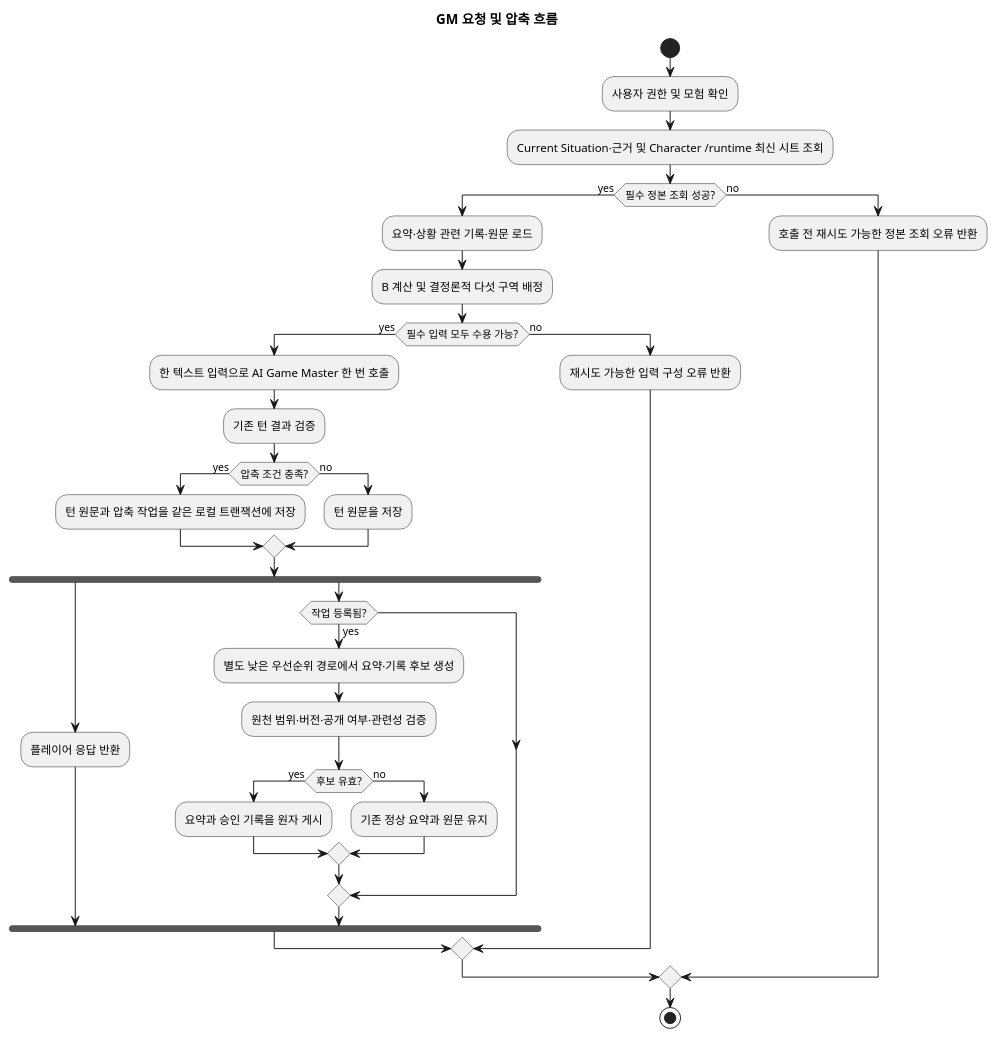
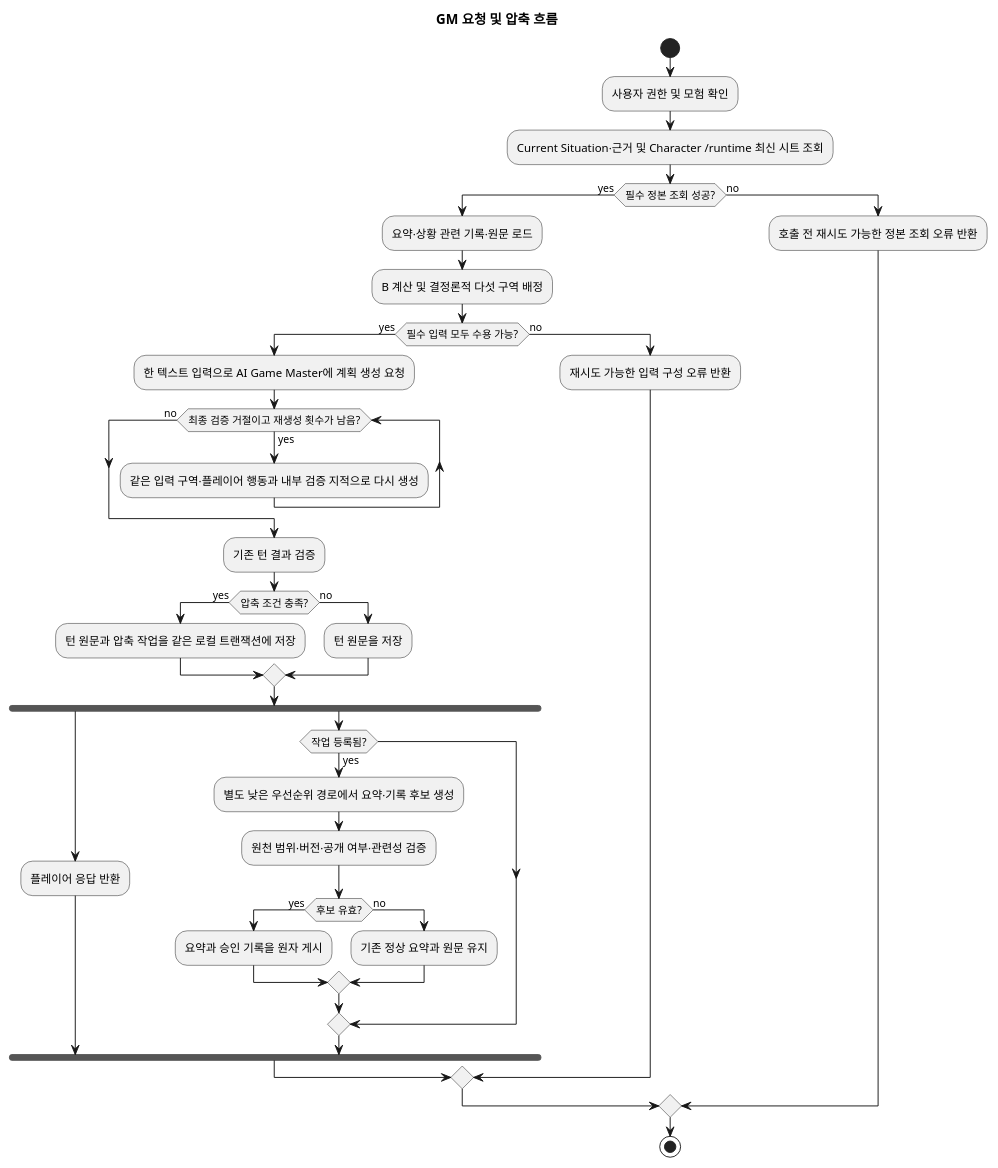
Before and after one commit to omegafrog/dnd-master: the third of 3 diagrams in docs/specs/gm-context-compaction/architecture-spec.md, drawn with PlantUML. The commit also changed other lines of this file and 7 other files, not shown here.

````diff
--- a/docs/specs/gm-context-compaction/architecture-spec.md
+++ b/docs/specs/gm-context-compaction/architecture-spec.md
@@ -268,39 +277,42 @@
 ```plantuml
 @startuml
  title GM 요청 및 압축 흐름
  start
  :사용자 권한 및 모험 확인;
  :Current Situation·근거 및 Character /runtime 최신 시트 조회;
  if (필수 정본 조회 성공?) then (yes)
    :요약·상황 관련 기록·원문 로드;
    :B 계산 및 결정론적 다섯 구역 배정;
    if (필수 입력 모두 수용 가능?) then (yes)
-     :한 텍스트 입력으로 AI Game Master 한 번 호출;
+     :한 텍스트 입력으로 AI Game Master에 계획 생성 요청;
+     while (최종 검증 거절이고 재생성 횟수가 남음?) is (yes)
+       :같은 입력 구역·플레이어 행동과 내부 검증 지적으로 다시 생성;
+     endwhile (no)
      :기존 턴 결과 검증;
      if (압축 조건 충족?) then (yes)
        :턴 원문과 압축 작업을 같은 로컬 트랜잭션에 저장;
      else (no)
        :턴 원문을 저장;
      endif
      fork
        :플레이어 응답 반환;
      fork again
        if (작업 등록됨?) then (yes)
          :별도 낮은 우선순위 경로에서 요약·기록 후보 생성;
          :원천 범위·버전·공개 여부·관련성 검증;
          if (후보 유효?) then (yes)
            :요약과 승인 기록을 원자 게시;
          else (no)
            :기존 정상 요약과 원문 유지;
          endif
        endif
      end fork
    else (no)
      :재시도 가능한 입력 구성 오류 반환;
    endif
  else (no)
    :호출 전 재시도 가능한 정본 조회 오류 반환;
  endif
  stop
 @enduml
 ```
````
